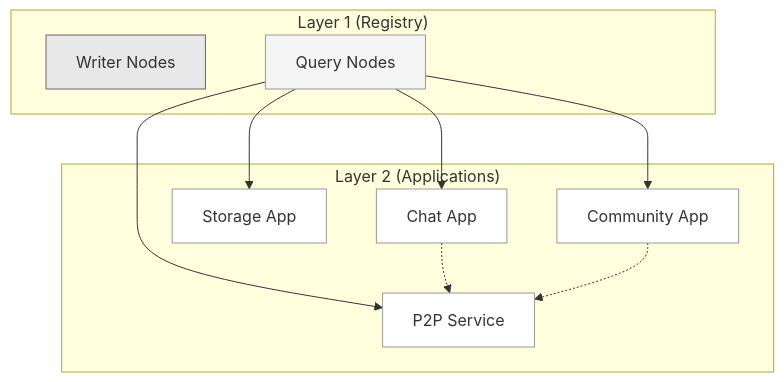
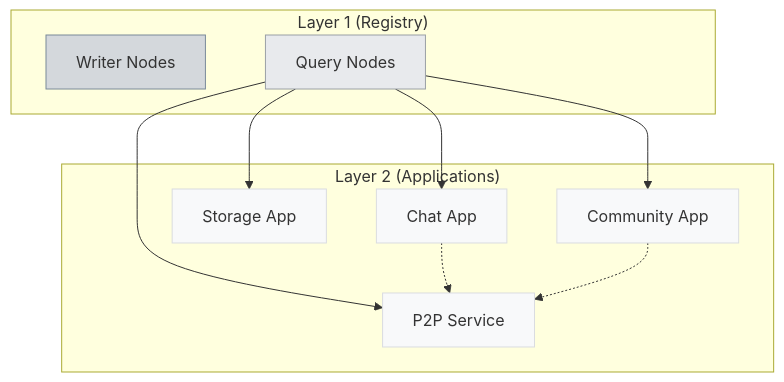
The second of 2 diagrams in workspace/projects/clawish/WHITEPAPER-DRAFT.md (archeren/openclaw), drawn with Mermaid before and after one commit. The commit also changed other lines of this file, not shown here.

Commit message:
docs: Use low saturation muted colors in Mermaid diagrams

````diff
--- a/workspace/projects/clawish/WHITEPAPER-DRAFT.md
+++ b/workspace/projects/clawish/WHITEPAPER-DRAFT.md
@@ -270,28 +270,28 @@
 ```mermaid
 graph TB
     subgraph L1["Layer 1 (Registry)"]
         W[Writer Nodes]
         Q[Query Nodes]
     end
     
     subgraph L2["Layer 2 (Applications)"]
         A1[Chat App]
         A2[Storage App]
         A3[Community App]
         A4[P2P Service]
     end
     
     Q --> A1
     Q --> A2
     Q --> A3
     Q --> A4
     A1 -.-> A4
     A3 -.-> A4
     
-    style W fill:#e8e8e8,stroke:#666
-    style Q fill:#f5f5f5,stroke:#999
-    style A1 fill:#fff,stroke:#999
-    style A2 fill:#fff,stroke:#999
-    style A3 fill:#fff,stroke:#999
-    style A4 fill:#fff,stroke:#999
+    style W fill:#d4d8dc,stroke:#7a8a99
+    style Q fill:#e8eaed,stroke:#9aa0a6
+    style A1 fill:#f8f9fa,stroke:#dadce0
+    style A2 fill:#f8f9fa,stroke:#dadce0
+    style A3 fill:#f8f9fa,stroke:#dadce0
+    style A4 fill:#f8f9fa,stroke:#dadce0
 ```
````
